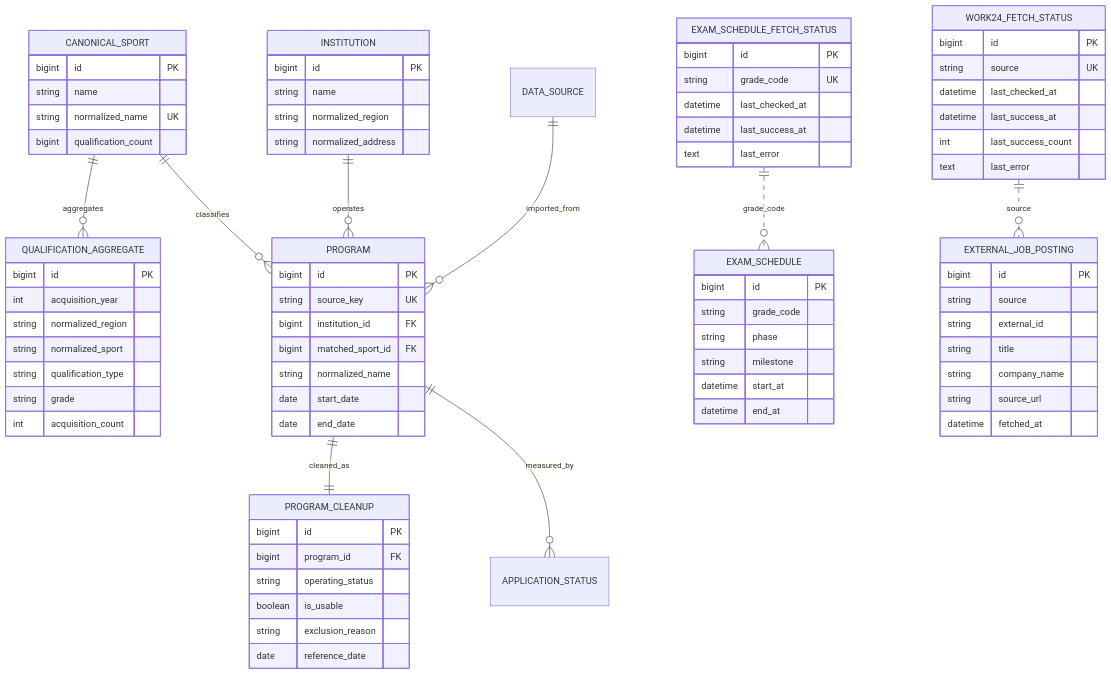
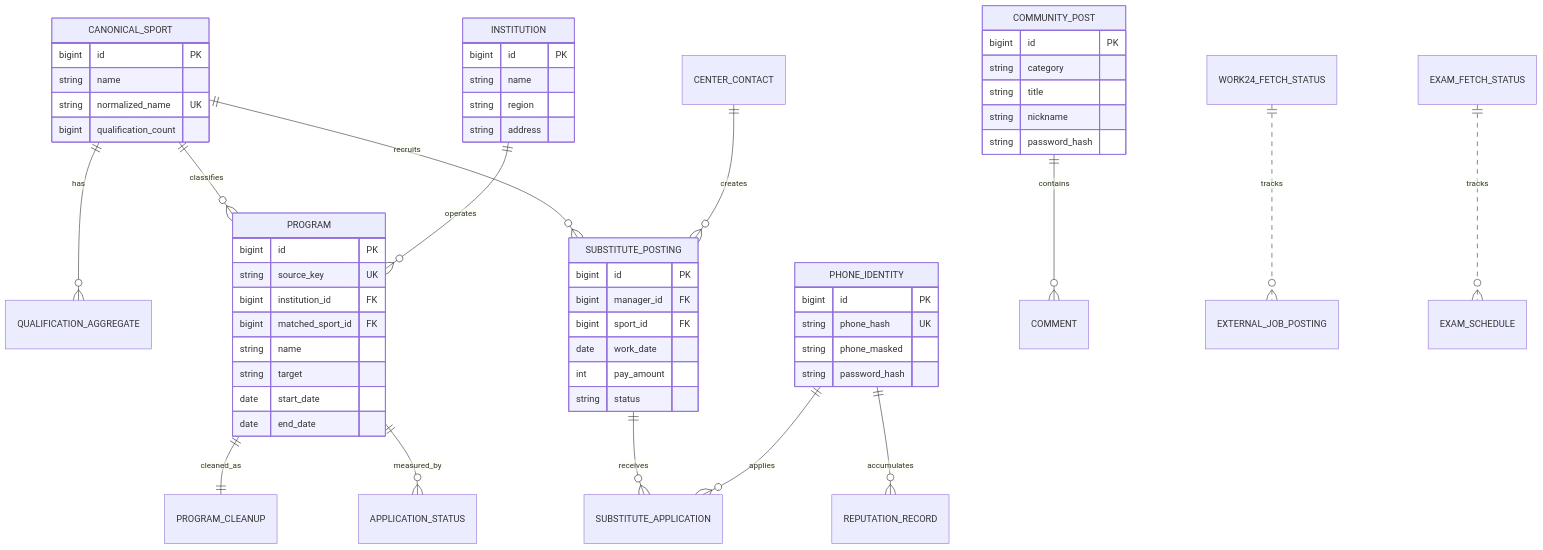
Before and after one commit to Leesannn/SportsCompass: the sixth of 7 diagrams in README.md, drawn with Mermaid. The commit also changed other lines of this file, not shown here.

```diff
--- a/README.md
+++ b/README.md
@@ -189,14 +437,20 @@
 ~~~mermaid
 erDiagram
-    CANONICAL_SPORT ||--o{ QUALIFICATION_AGGREGATE : aggregates
+    CANONICAL_SPORT ||--o{ QUALIFICATION_AGGREGATE : has
     CANONICAL_SPORT ||--o{ PROGRAM : classifies
     INSTITUTION ||--o{ PROGRAM : operates
     PROGRAM ||--|| PROGRAM_CLEANUP : cleaned_as
     PROGRAM ||--o{ APPLICATION_STATUS : measured_by
-    DATA_SOURCE ||--o{ PROGRAM : imported_from
 
-    EXAM_SCHEDULE_FETCH_STATUS ||..o{ EXAM_SCHEDULE : grade_code
-    WORK24_FETCH_STATUS ||..o{ EXTERNAL_JOB_POSTING : source
+    CANONICAL_SPORT ||--o{ SUBSTITUTE_POSTING : recruits
+    CENTER_CONTACT ||--o{ SUBSTITUTE_POSTING : creates
+    SUBSTITUTE_POSTING ||--o{ SUBSTITUTE_APPLICATION : receives
+    PHONE_IDENTITY ||--o{ SUBSTITUTE_APPLICATION : applies
+    PHONE_IDENTITY ||--o{ REPUTATION_RECORD : accumulates
+
+    COMMUNITY_POST ||--o{ COMMENT : contains
+    WORK24_FETCH_STATUS ||..o{ EXTERNAL_JOB_POSTING : tracks
+    EXAM_FETCH_STATUS ||..o{ EXAM_SCHEDULE : tracks
 
     CANONICAL_SPORT {
         bigint id PK
@@ -204,68 +458,41 @@
         string normalized_name UK
         bigint qualification_count
     }
-    QUALIFICATION_AGGREGATE {
-        bigint id PK
-        int acquisition_year
-        string normalized_region
-        string normalized_sport
-        string qualification_type
-        string grade
-        int acquisition_count
-    }
     INSTITUTION {
         bigint id PK
         string name
-        string normalized_region
-        string normalized_address
+        string region
+        string address
     }
     PROGRAM {
         bigint id PK
         string source_key UK
         bigint institution_id FK
         bigint matched_sport_id FK
-        string normalized_name
+        string name
+        string target
         date start_date
         date end_date
     }
-    PROGRAM_CLEANUP {
+    SUBSTITUTE_POSTING {
         bigint id PK
-        bigint program_id FK
-        string operating_status
-        boolean is_usable
-        string exclusion_reason
-        date reference_date
+        bigint manager_id FK
+        bigint sport_id FK
+        date work_date
+        int pay_amount
+        string status
     }
-    EXAM_SCHEDULE {
+    PHONE_IDENTITY {
         bigint id PK
-        string grade_code
-        string phase
-        string milestone
-        datetime start_at
-        datetime end_at
+        string phone_hash UK
+        string phone_masked
+        string password_hash
     }
-    EXAM_SCHEDULE_FETCH_STATUS {
+    COMMUNITY_POST {
         bigint id PK
-        string grade_code UK
-        datetime last_checked_at
-        datetime last_success_at
-        text last_error
-    }
-    EXTERNAL_JOB_POSTING {
-        bigint id PK
-        string source
-        string external_id
+        string category
         string title
-        string company_name
-        string source_url
-        datetime fetched_at
-    }
-    WORK24_FETCH_STATUS {
-        bigint id PK
-        string source UK
-        datetime last_checked_at
-        datetime last_success_at
-        int last_success_count
-        text last_error
+        string nickname
+        string password_hash
     }
 ~~~
```
